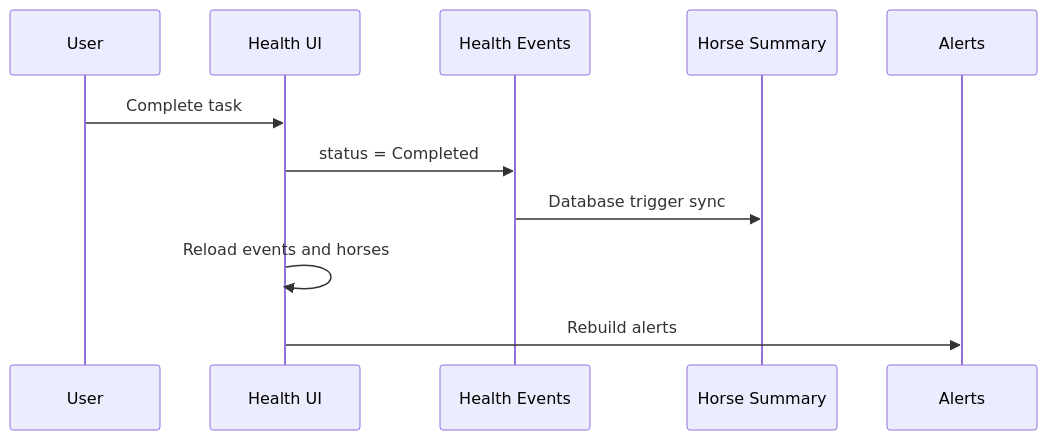
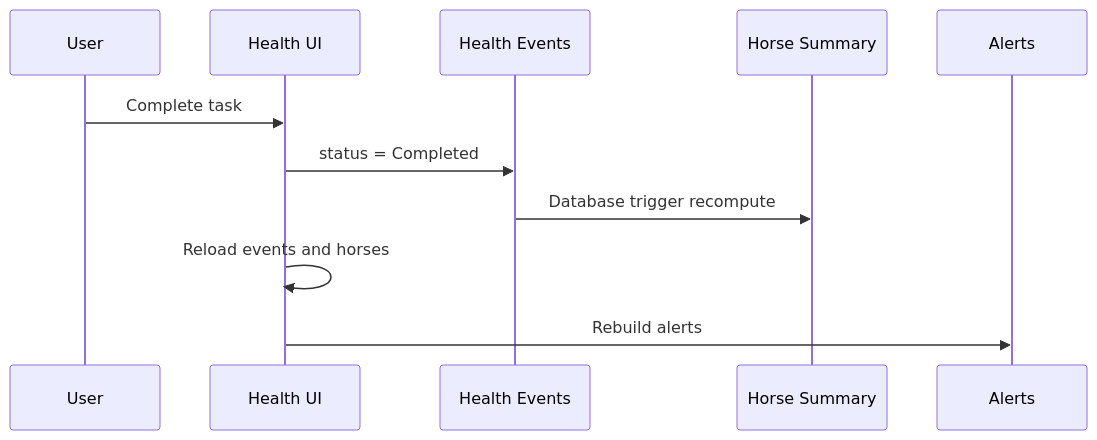
The third of 3 diagrams in docs/ARCHITECTURE.md (mhshaban/cce-app), drawn with Mermaid before and after one commit. The commit also changed other lines of this file and 41 other files, not shown here.

````diff
--- a/docs/ARCHITECTURE.md
+++ b/docs/ARCHITECTURE.md
@@ -46,13 +75,13 @@
 ```mermaid
 sequenceDiagram
     participant U as User
     participant UI as Health UI
     participant E as Health Events
     participant H as Horse Summary
     participant N as Alerts
     U->>UI: Complete task
     UI->>E: status = Completed
-    E->>H: Database trigger sync
+    E->>H: Database trigger recompute
     UI->>UI: Reload events and horses
     UI->>N: Rebuild alerts
 ```
````
